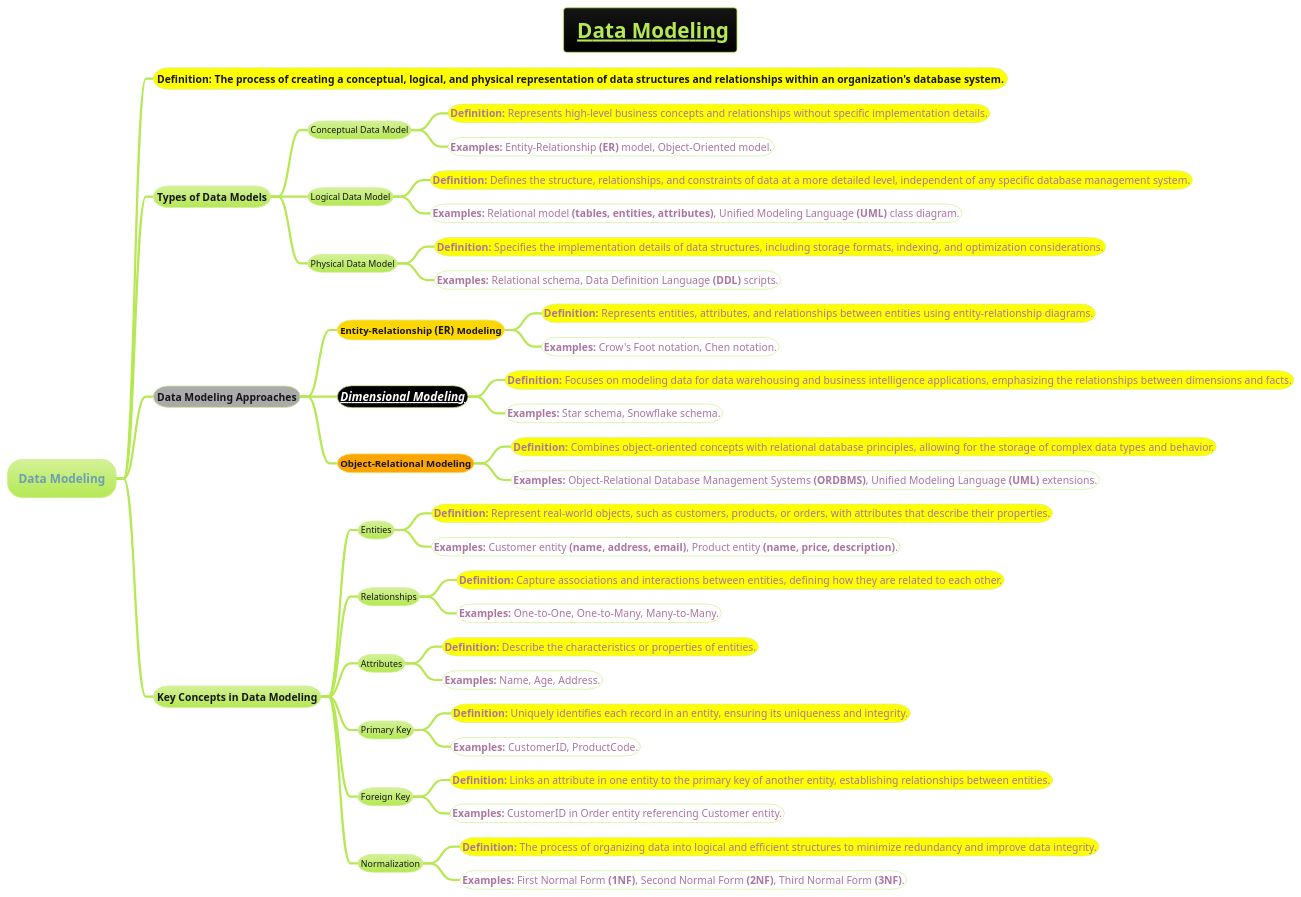
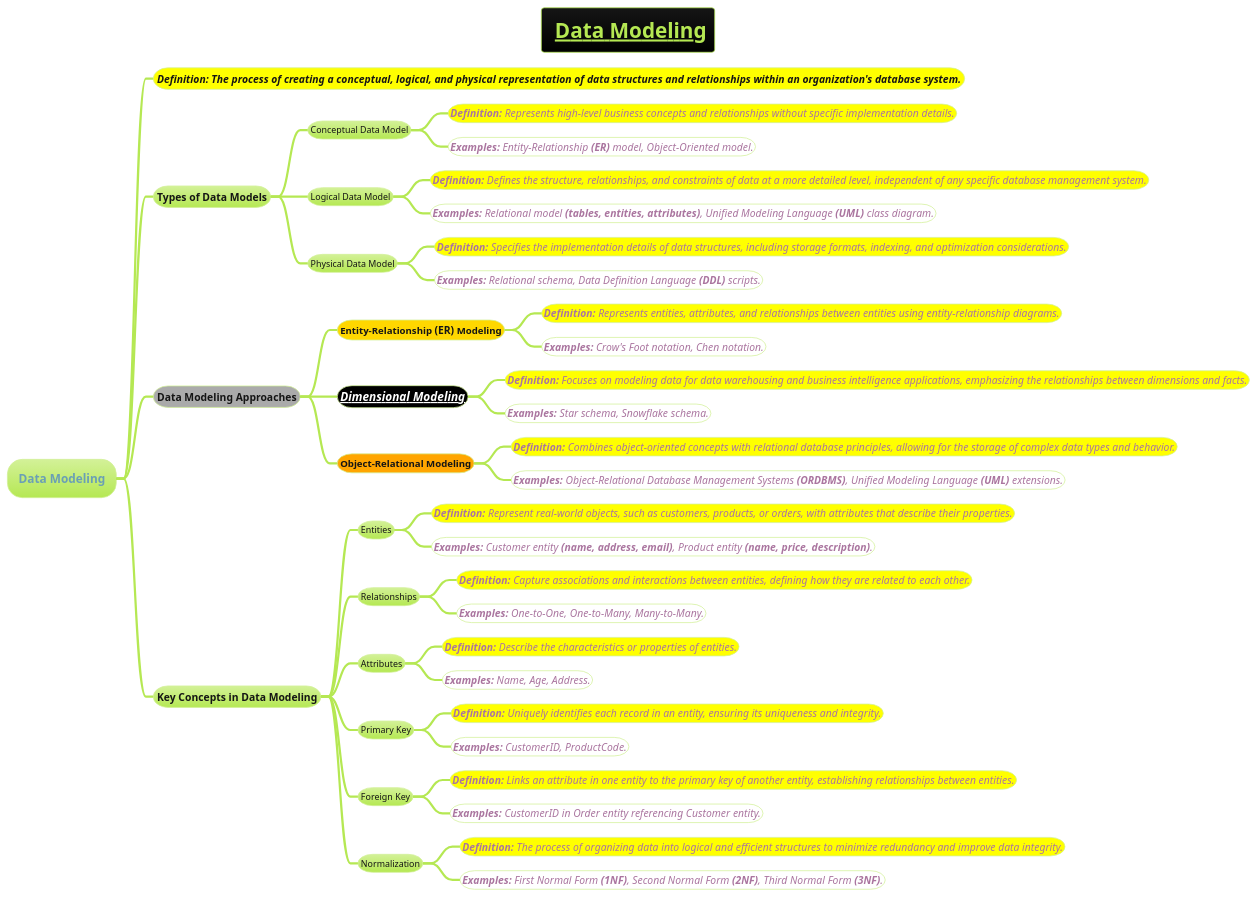
The diagram in docs/AI-ML- DL-Data-Science-and-BigData/data-science/data-engineering/data-storage-and-management/modeling-methodology/Data-Modeling.puml (MehmoodHashmi/Documentation-as-Code-DaC), drawn with PlantUML before and after one commit.

```diff
--- a/docs/AI-ML- DL-Data-Science-and-BigData/data-science/data-engineering/data-storage-and-management/modeling-methodology/Data-Modeling.puml
+++ b/docs/AI-ML- DL-Data-Science-and-BigData/data-science/data-engineering/data-storage-and-management/modeling-methodology/Data-Modeling.puml
@@ -1,46 +1,46 @@
 @startmindmap
 title =__ Data Modeling__
 !theme hacker
 
 * Data Modeling
-**[#yellow] <size:14>**Definition:** The process of creating a conceptual, logical, and physical representation of data structures and relationships within an organization's database system.
+**[#yellow] ====<size:14>**Definition:** The process of creating a conceptual, logical, and physical representation of data structures and relationships within an organization's database system.
 ** Types of Data Models
 *** Conceptual Data Model
-****[#yellow] <size:14>**Definition:** Represents high-level business concepts and relationships without specific implementation details.
-****[#white] <size:14>**Examples:** Entity-Relationship **(ER)** model, Object-Oriented model.
+****[#yellow] ====<size:14>**Definition:** Represents high-level business concepts and relationships without specific implementation details.
+****[#white] ====<size:14>**Examples:** Entity-Relationship **(ER)** model, Object-Oriented model.
 *** Logical Data Model
-****[#yellow] <size:14>**Definition:** Defines the structure, relationships, and constraints of data at a more detailed level, independent of any specific database management system.
-****[#white] <size:14>**Examples:** Relational model **(tables, entities, attributes)**, Unified Modeling Language **(UML)** class diagram.
+****[#yellow] ====<size:14>**Definition:** Defines the structure, relationships, and constraints of data at a more detailed level, independent of any specific database management system.
+****[#white] ====<size:14>**Examples:** Relational model **(tables, entities, attributes)**, Unified Modeling Language **(UML)** class diagram.
 *** Physical Data Model
-****[#yellow] <size:14>**Definition:** Specifies the implementation details of data structures, including storage formats, indexing, and optimization considerations.
-****[#white] <size:14>**Examples:** Relational schema, Data Definition Language **(DDL)** scripts.
+****[#yellow] ====<size:14>**Definition:** Specifies the implementation details of data structures, including storage formats, indexing, and optimization considerations.
+****[#white] ====<size:14>**Examples:** Relational schema, Data Definition Language **(DDL)** scripts.
 **[#a] Data Modeling Approaches
 ***[#gold] ===Entity-Relationship **(ER)** Modeling
-****[#yellow] <size:14>**Definition:** Represents entities, attributes, and relationships between entities using entity-relationship diagrams.
-****[#white] <size:14>**Examples:** Crow's Foot notation, Chen notation.
+****[#yellow] ====<size:14>**Definition:** Represents entities, attributes, and relationships between entities using entity-relationship diagrams.
+****[#white] ====<size:14>**Examples:** Crow's Foot notation, Chen notation.
 ***[#black] ====<size:16>**[[../../../../../books/1-books-backlog/DBMS/Dimensional-Modeling.puml Dimensional Modeling]]**
-****[#yellow] <size:14>**Definition:** Focuses on modeling data for data warehousing and business intelligence applications, emphasizing the relationships between dimensions and facts.
-****[#white] <size:14>**Examples:** Star schema, Snowflake schema.
+****[#yellow] ====<size:14>**Definition:** Focuses on modeling data for data warehousing and business intelligence applications, emphasizing the relationships between dimensions and facts.
+****[#white] ====<size:14>**Examples:** Star schema, Snowflake schema.
 ***[#orange] ===Object-Relational Modeling
-****[#yellow] <size:14>**Definition:** Combines object-oriented concepts with relational database principles, allowing for the storage of complex data types and behavior.
-****[#white] <size:14>**Examples:** Object-Relational Database Management Systems **(ORDBMS)**, Unified Modeling Language **(UML)** extensions.
+****[#yellow] ====<size:14>**Definition:** Combines object-oriented concepts with relational database principles, allowing for the storage of complex data types and behavior.
+****[#white] ====<size:14>**Examples:** Object-Relational Database Management Systems **(ORDBMS)**, Unified Modeling Language **(UML)** extensions.
 ** Key Concepts in Data Modeling
 *** Entities
-****[#yellow] <size:14>**Definition:** Represent real-world objects, such as customers, products, or orders, with attributes that describe their properties.
-****[#white] <size:14>**Examples:** Customer entity **(name, address, email)**, Product entity **(name, price, description)**.
+****[#yellow] ====<size:14>**Definition:** Represent real-world objects, such as customers, products, or orders, with attributes that describe their properties.
+****[#white] ====<size:14>**Examples:** Customer entity **(name, address, email)**, Product entity **(name, price, description)**.
 *** Relationships
-****[#yellow] <size:14>**Definition:** Capture associations and interactions between entities, defining how they are related to each other.
-****[#white] <size:14>**Examples:** One-to-One, One-to-Many, Many-to-Many.
+****[#yellow] ====<size:14>**Definition:** Capture associations and interactions between entities, defining how they are related to each other.
+****[#white] ====<size:14>**Examples:** One-to-One, One-to-Many, Many-to-Many.
 *** Attributes
-****[#yellow] <size:14>**Definition:** Describe the characteristics or properties of entities.
-****[#white] <size:14>**Examples:** Name, Age, Address.
+****[#yellow] ====<size:14>**Definition:** Describe the characteristics or properties of entities.
+****[#white] ====<size:14>**Examples:** Name, Age, Address.
 *** Primary Key
-****[#yellow] <size:14>**Definition:** Uniquely identifies each record in an entity, ensuring its uniqueness and integrity.
-****[#white] <size:14>**Examples:** CustomerID, ProductCode.
+****[#yellow] ====<size:14>**Definition:** Uniquely identifies each record in an entity, ensuring its uniqueness and integrity.
+****[#white] ====<size:14>**Examples:** CustomerID, ProductCode.
 *** Foreign Key
-****[#yellow] <size:14>**Definition:** Links an attribute in one entity to the primary key of another entity, establishing relationships between entities.
-****[#white] <size:14>**Examples:** CustomerID in Order entity referencing Customer entity.
+****[#yellow] ====<size:14>**Definition:** Links an attribute in one entity to the primary key of another entity, establishing relationships between entities.
+****[#white] ====<size:14>**Examples:** CustomerID in Order entity referencing Customer entity.
 *** Normalization
-****[#yellow] <size:14>**Definition:** The process of organizing data into logical and efficient structures to minimize redundancy and improve data integrity.
-****[#white] <size:14>**Examples:** First Normal Form **(1NF)**, Second Normal Form **(2NF)**, Third Normal Form **(3NF)**.
+****[#yellow] ====<size:14>**Definition:** The process of organizing data into logical and efficient structures to minimize redundancy and improve data integrity.
+****[#white] ====<size:14>**Examples:** First Normal Form **(1NF)**, Second Normal Form **(2NF)**, Third Normal Form **(3NF)**.
 @endmindmap
```
